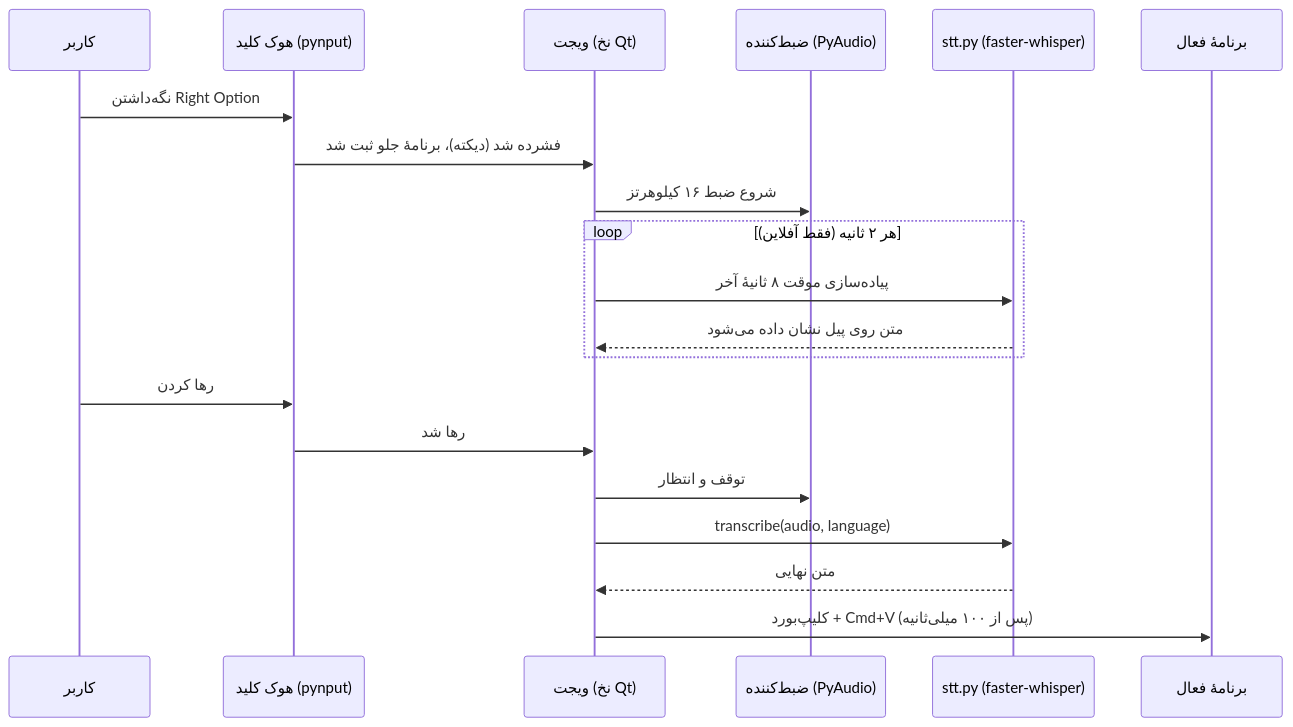
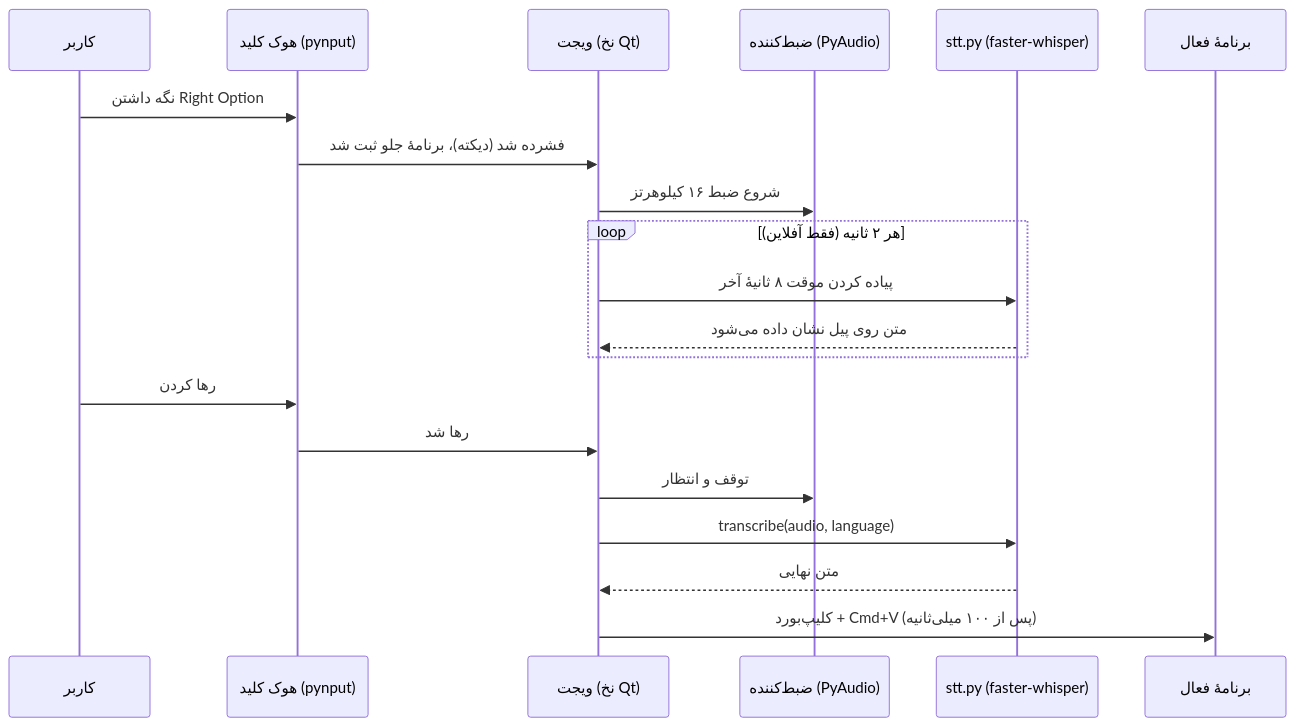
One commit to faceesmart/guya changed the third of 7 diagrams in docs/REPORT-FA.md. Above: the diagram before and after it, drawn with Mermaid. The commit also changed other lines of this file and 1 other file, not shown here.

````diff
--- a/docs/REPORT-FA.md
+++ b/docs/REPORT-FA.md
@@ -450,22 +467,22 @@
 ```mermaid
 sequenceDiagram
     participant U as کاربر
     participant H as هوک کلید (pynput)
     participant Wg as ویجت (نخ Qt)
     participant R as ضبط‌کننده (PyAudio)
     participant S as stt.py (faster-whisper)
     participant A as برنامهٔ فعال
-    U->>H: نگه‌داشتن Right Option
+    U->>H: نگه داشتن Right Option
     H->>Wg: فشرده شد (دیکته)، برنامهٔ جلو ثبت شد
     Wg->>R: شروع ضبط ۱۶ کیلوهرتز
     loop هر ۲ ثانیه (فقط آفلاین)
-        Wg->>S: پیاده‌سازی موقت ۸ ثانیهٔ آخر
+        Wg->>S: پیاده کردن موقت ۸ ثانیهٔ آخر
         S-->>Wg: متن روی پیل نشان داده می‌شود
     end
     U->>H: رها کردن
     H->>Wg: رها شد
     Wg->>R: توقف و انتظار
     Wg->>S: transcribe(audio, language)
     S-->>Wg: متن نهایی
     Wg->>A: کلیپ‌بورد + Cmd+V (پس از ۱۰۰ میلی‌ثانیه)
 ```
````
